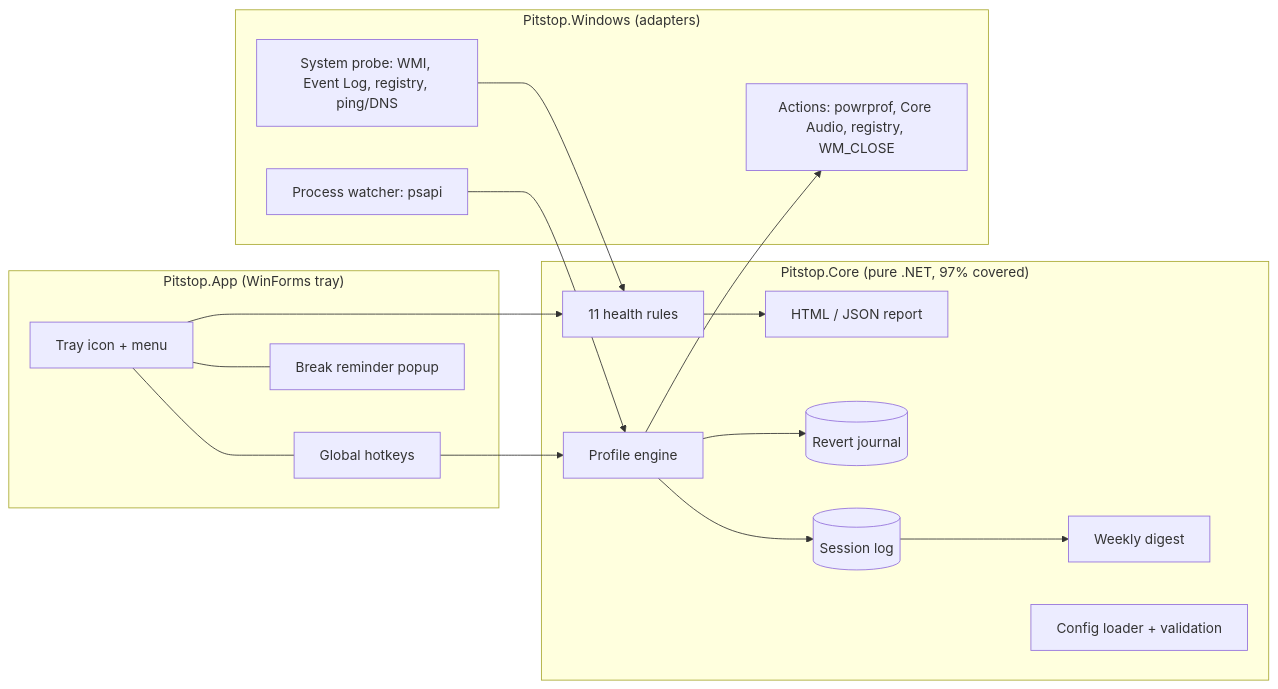
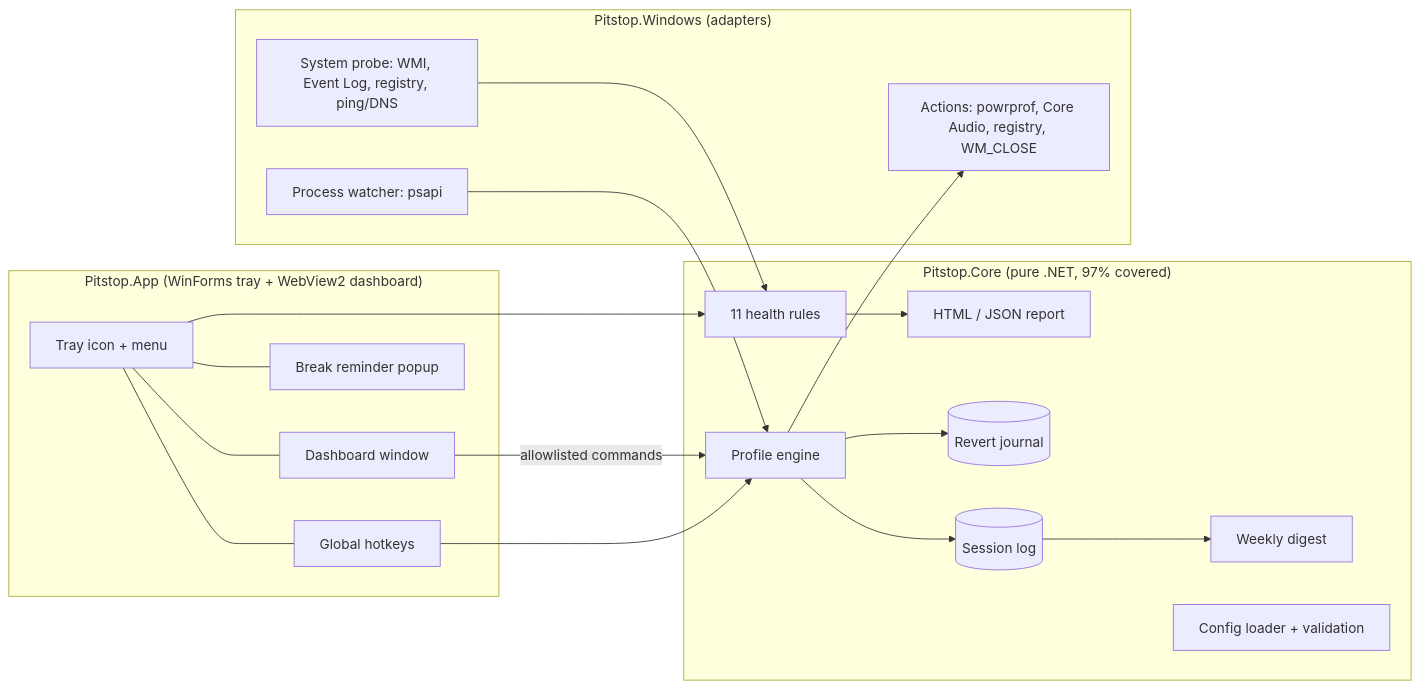
Before and after one commit to doctorg1998/pitstop: the diagram in README.md, drawn with Mermaid. The commit also changed other lines of this file and 22 other files, not shown here.

First line of the commit message:
Pitstop 1.1: dashboard window with live charts

````diff
--- a/README.md
+++ b/README.md
@@ -106,23 +133,25 @@
 ```mermaid
 flowchart LR
-  subgraph App["Pitstop.App (WinForms tray)"]
+  subgraph App["Pitstop.App (WinForms tray + WebView2 dashboard)"]
     Tray[Tray icon + menu] --- Hot[Global hotkeys]
     Tray --- Rem[Break reminder popup]
+    Tray --- Dash[Dashboard window]
   end
+  Dash -- "allowlisted commands" --> Engine
   subgraph Core["Pitstop.Core (pure .NET, 97% covered)"]
     Rules[11 health rules] --> Report[HTML / JSON report]
     Engine[Profile engine] --> Journal[(Revert journal)]
     Engine --> Sessions[(Session log)] --> Digest[Weekly digest]
     Config[Config loader + validation]
   end
   subgraph Win["Pitstop.Windows (adapters)"]
     Probe[System probe: WMI, Event Log, registry, ping/DNS]
     Watch[Process watcher: psapi]
     Acts[Actions: powrprof, Core Audio, registry, WM_CLOSE]
   end
   Probe --> Rules
   Watch --> Engine
   Engine --> Acts
   Hot --> Engine
   Tray --> Rules
 ```
````
